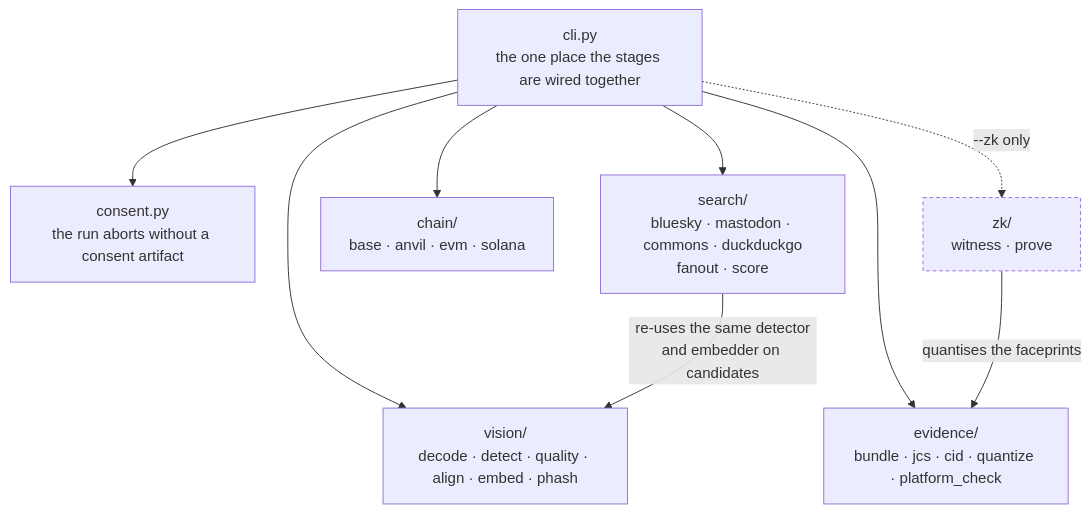
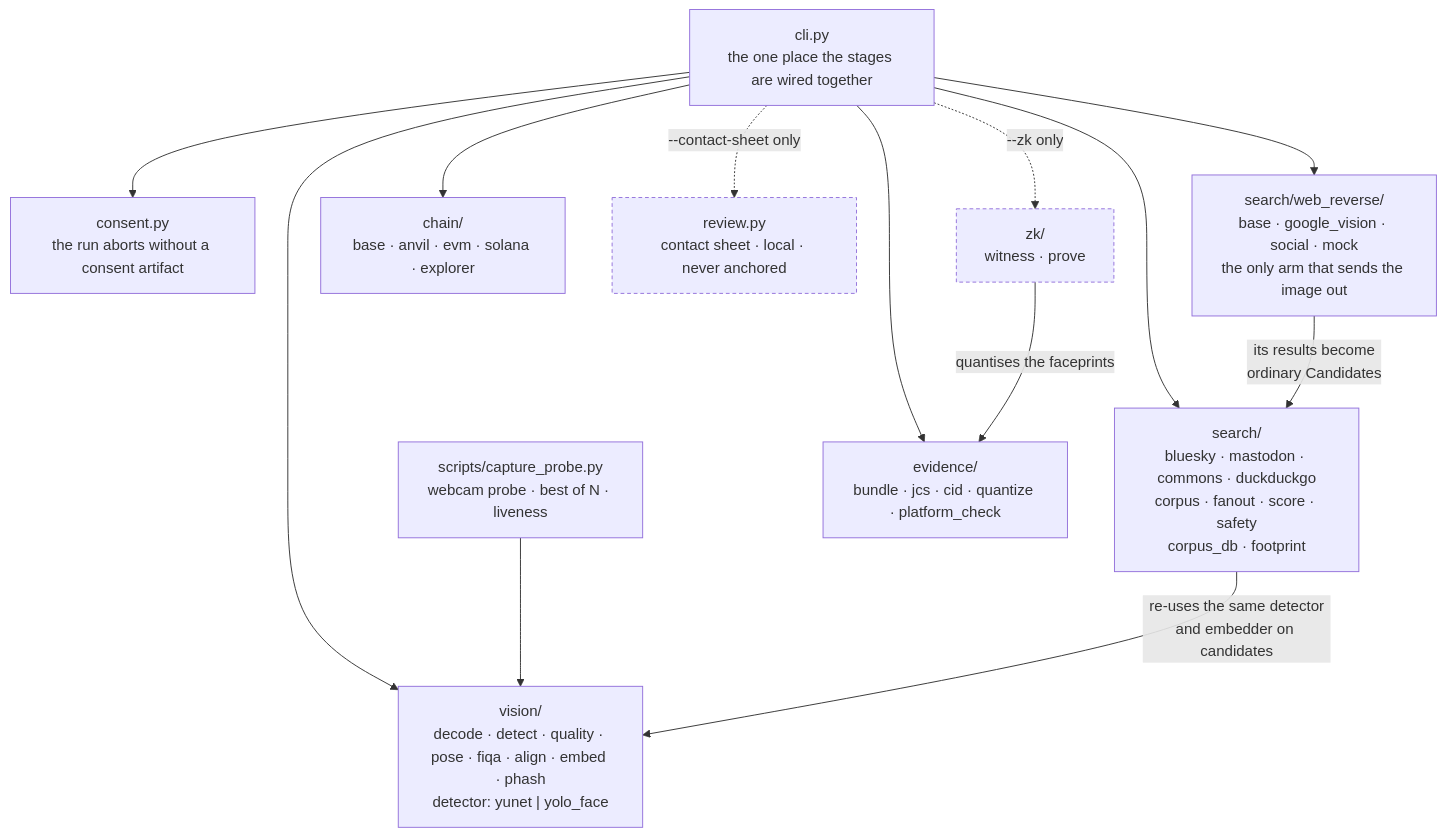
One commit to axls23/HHGOA changed the seventh of 12 diagrams in README.md. Above: the diagram before and after it, drawn with Mermaid. The commit also changed other lines of this file and 52 other files, not shown here.

First line of the commit message:
Add comprehensive tests for Google Web Detection provider

````diff
--- a/README.md
+++ b/README.md
@@ -126,15 +156,19 @@
 ```mermaid
 flowchart TD
     CLI["cli.py<br/>the one place the stages are wired together"]
     CLI --> CO["consent.py<br/>the run aborts without a consent artifact"]
-    CLI --> V["vision/<br/>decode · detect · quality · align · embed · phash"]
-    CLI --> S["search/<br/>bluesky · mastodon · commons · duckduckgo<br/>fanout · score"]
+    CLI --> V["vision/<br/>decode · detect · quality · pose · fiqa · align · embed · phash<br/>detector: yunet | yolo_face"]
+    CAP["scripts/capture_probe.py<br/>webcam probe · best of N · liveness"] --> V
+    CLI --> S["search/<br/>bluesky · mastodon · commons · duckduckgo<br/>corpus · fanout · score · safety<br/>corpus_db · footprint"]
+    CLI --> WR["search/web_reverse/<br/>base · google_vision · social · mock<br/>the only arm that sends the image out"]
+    WR -->|"its results become<br/>ordinary Candidates"| S
     CLI --> E["evidence/<br/>bundle · jcs · cid · quantize · platform_check"]
-    CLI --> CH["chain/<br/>base · anvil · evm · solana"]
+    CLI --> CH["chain/<br/>base · anvil · evm · solana · explorer"]
+    CLI -.->|"--contact-sheet only"| RV["review.py<br/>contact sheet · local · never anchored"]
     CLI -.->|"--zk only"| Z["zk/<br/>witness · prove"]
     S -->|"re-uses the same detector<br/>and embedder on candidates"| V
     Z -->|"quantises the faceprints"| E
 
     classDef opt stroke-dasharray:4 3
-    class Z opt
+    class Z,RV opt
 ```
````
